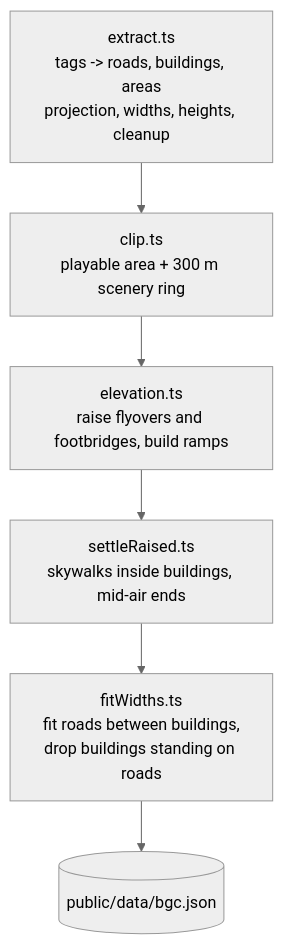
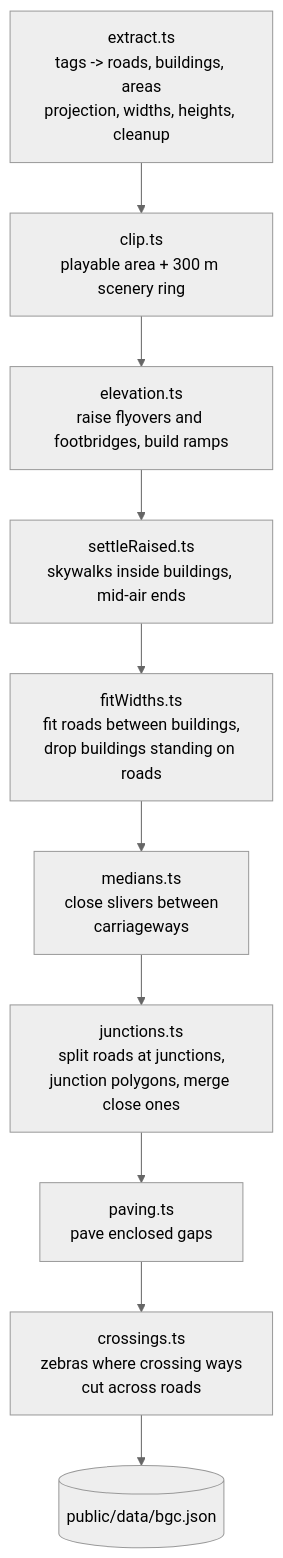
Before and after one commit to ajs0905/drive-thru-mnl: the second of 4 diagrams in docs/ARCHITECTURE.md, drawn with Mermaid (neutral theme). The commit also changed other lines of this file and 46 other files, not shown here.

Commit message:
add junction polygons, road markings, zebra crossings, sidewalks and a sky

````diff
--- a/docs/ARCHITECTURE.md
+++ b/docs/ARCHITECTURE.md
@@ -90,8 +92,12 @@
 ```mermaid
 flowchart TD
   A[extract.ts<br/>tags -> roads, buildings, areas<br/>projection, widths, heights, cleanup] --> B[clip.ts<br/>playable area + 300 m scenery ring]
   B --> C[elevation.ts<br/>raise flyovers and footbridges, build ramps]
   C --> D[settleRaised.ts<br/>skywalks inside buildings, mid-air ends]
   D --> E[fitWidths.ts<br/>fit roads between buildings,<br/>drop buildings standing on roads]
-  E --> F[(public/data/bgc.json)]
+  E --> M[medians.ts<br/>close slivers between<br/>carriageways]
+  M --> G[junctions.ts<br/>split roads at junctions,<br/>junction polygons, merge close ones]
+  G --> P[paving.ts<br/>pave enclosed gaps]
+  P --> H[crossings.ts<br/>zebras where crossing ways<br/>cut across roads]
+  H --> F[(public/data/bgc.json)]
 ```
````
